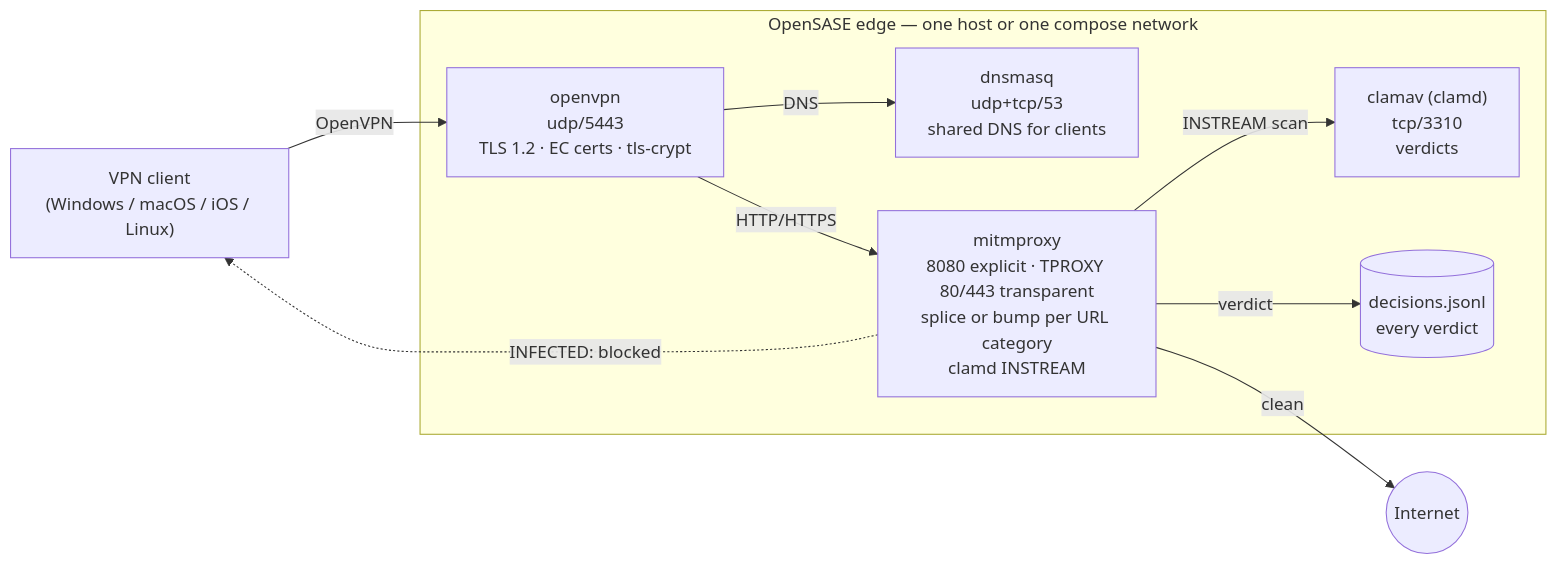
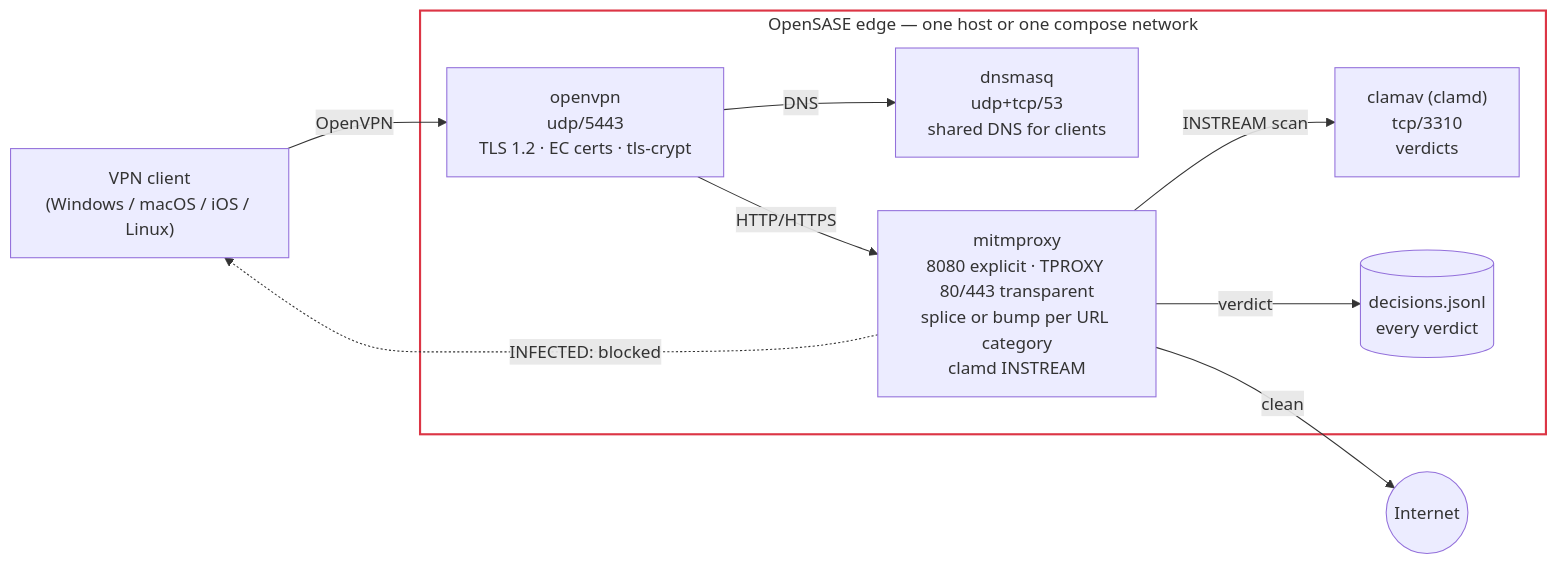
One commit to shsingh/opensase changed the diagram in docs/architecture.qmd. Above: the diagram before and after it, drawn with Mermaid. The commit also changed 1 other file, not shown here.

Commit message:
fix(site): red boundary on the transparent OpenSASE edge subgraph

````diff
--- a/docs/architecture.qmd
+++ b/docs/architecture.qmd
@@ -7,22 +7,24 @@
 ```{mermaid}
 flowchart LR
     client["VPN client<br/>(Windows / macOS / iOS / Linux)"]
 
     subgraph edge["OpenSASE edge — one host or one compose network"]
         vpn["openvpn<br/>udp/5443<br/>TLS 1.2 · EC certs · tls-crypt"]
         dns["dnsmasq<br/>udp+tcp/53<br/>shared DNS for clients"]
         mitm["mitmproxy<br/>8080 explicit · TPROXY 80/443 transparent<br/>splice or bump per URL category<br/>clamd INSTREAM"]
         clam["clamav (clamd)<br/>tcp/3310<br/>verdicts"]
         log[("decisions.jsonl<br/>every verdict")]
     end
 
     net((Internet))
 
     client -- "OpenVPN" --> vpn
     vpn -- "DNS" --> dns
     vpn -- "HTTP/HTTPS" --> mitm
     mitm -- "INSTREAM scan" --> clam
     mitm -- "verdict" --> log
     mitm -- "clean" --> net
     mitm -. "INFECTED: blocked" .-> client
+
+    style edge fill:transparent,stroke:#dc3545,stroke-width:2px
 ```
````
